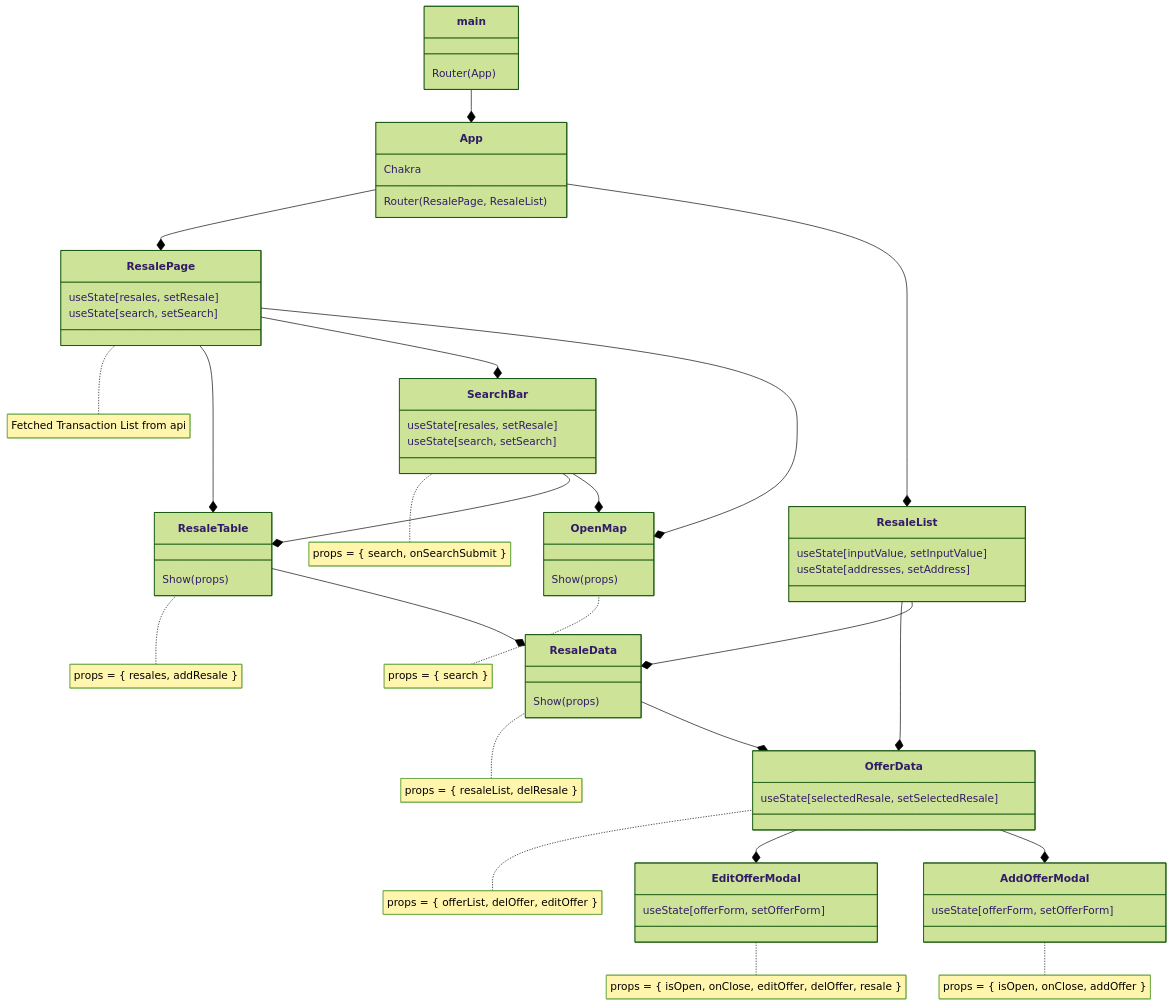
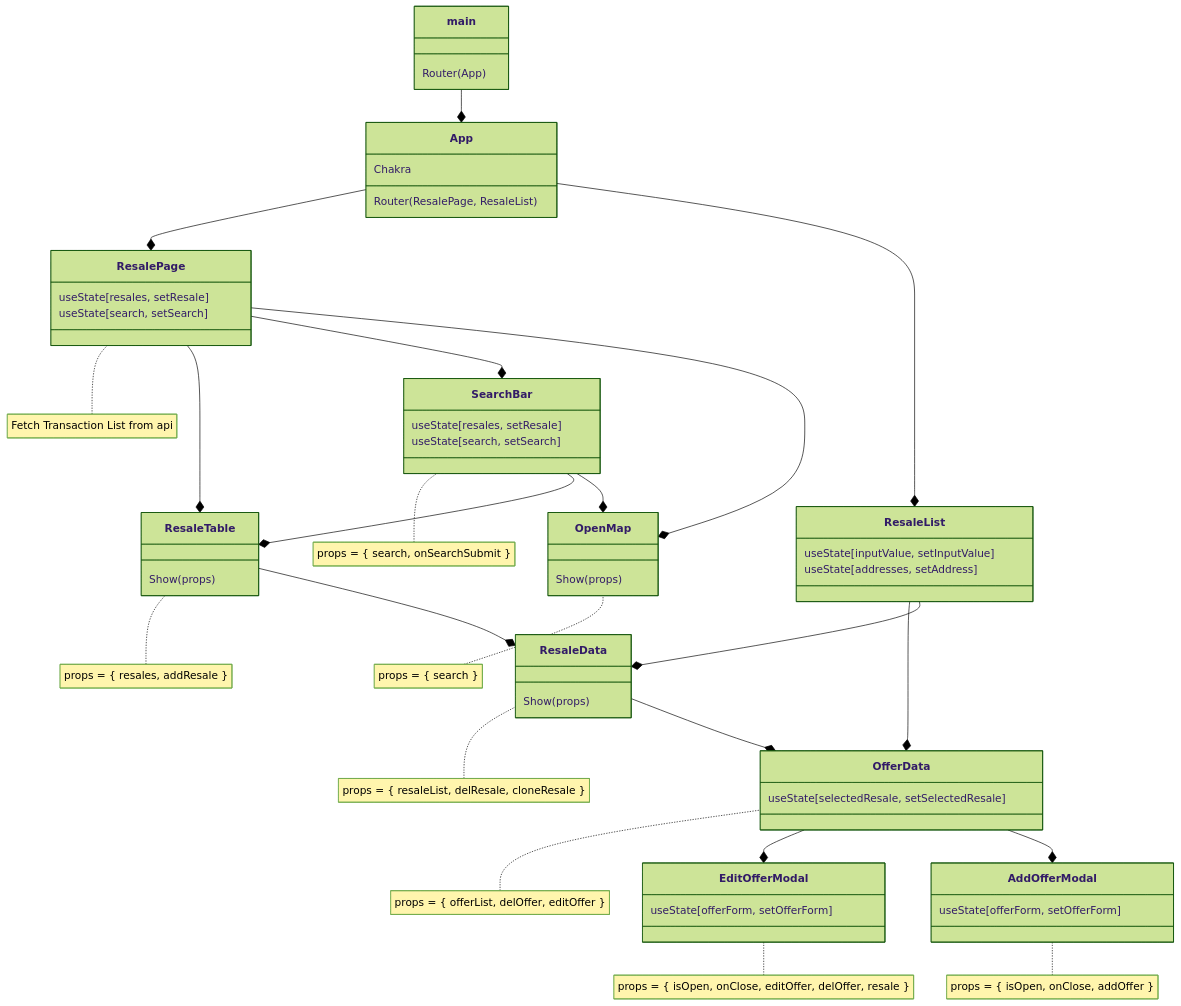
Before and after one commit to bfcxfm/Housing-Resale-SG: the diagram in README.md, drawn with Mermaid (forest theme).

````diff
--- a/README.md
+++ b/README.md
@@ -5,77 +5,77 @@
 ```mermaid
 classDiagram
   direction BT
   class App {
     Chakra
     Router(ResalePage, ResaleList)
   }
 
 class main {
     Router(App)
   }
 
 class ResalePage {
     useState[resales, setResale]
     useState[search, setSearch]
   }
-  note for ResalePage "Fetched Transaction List from api"
+  note for ResalePage "Fetch Transaction List from api"
 
 class ResaleTable {
     Show (props)
   }
   note for ResaleTable "props = { resales, addResale }"
 
 class SearchBar {
   useState[resales, setResale]
   useState[search, setSearch]
 }
 note for SearchBar "props = { search, onSearchSubmit }"
 
 class OpenMap {
   Show (props)
 }
 note for OpenMap "props = { search }"
 
 class ResaleList {
     useState[inputValue, setInputValue]
     useState[addresses, setAddress]
   }
 
 class OfferData {
     useState[selectedResale, setSelectedResale]
   }
   note for OfferData "props = { offerList, delOffer, editOffer }"
 
 class EditOfferModal {
     useState[offerForm, setOfferForm]
   }
   note for EditOfferModal "props = { isOpen, onClose, editOffer, delOffer, resale }"
 
 class AddOfferModal  {
     useState[offerForm, setOfferForm]
   }
   note for AddOfferModal "props = { isOpen, onClose, addOffer }"
 
 class ResaleData {
     Show (props)
   }
-  note for ResaleData "props = { resaleList, delResale }"
+  note for ResaleData "props = { resaleList, delResale, cloneResale }"
 
 
   App *-- main
 ResalePage *-- App
 ResaleTable *-- ResalePage
 SearchBar *-- ResalePage
 OpenMap *-- ResalePage
 ResaleTable *-- SearchBar
 OpenMap *-- SearchBar
 ResaleData *-- ResaleTable
 ResaleList *-- App
 OfferData *-- ResaleList
 OfferData *-- ResaleData
 ResaleData *-- ResaleList
 EditOfferModal *-- OfferData
 AddOfferModal *-- OfferData
 
 
 ```
````
